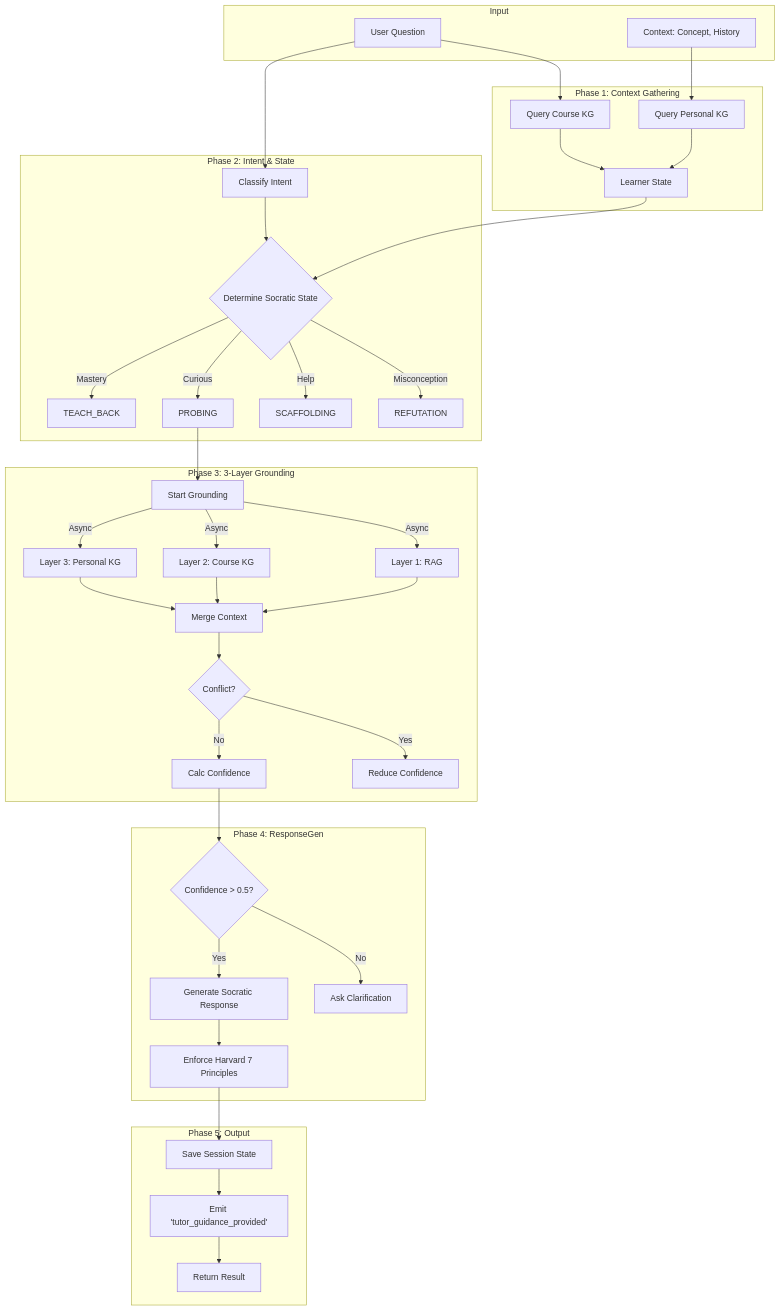
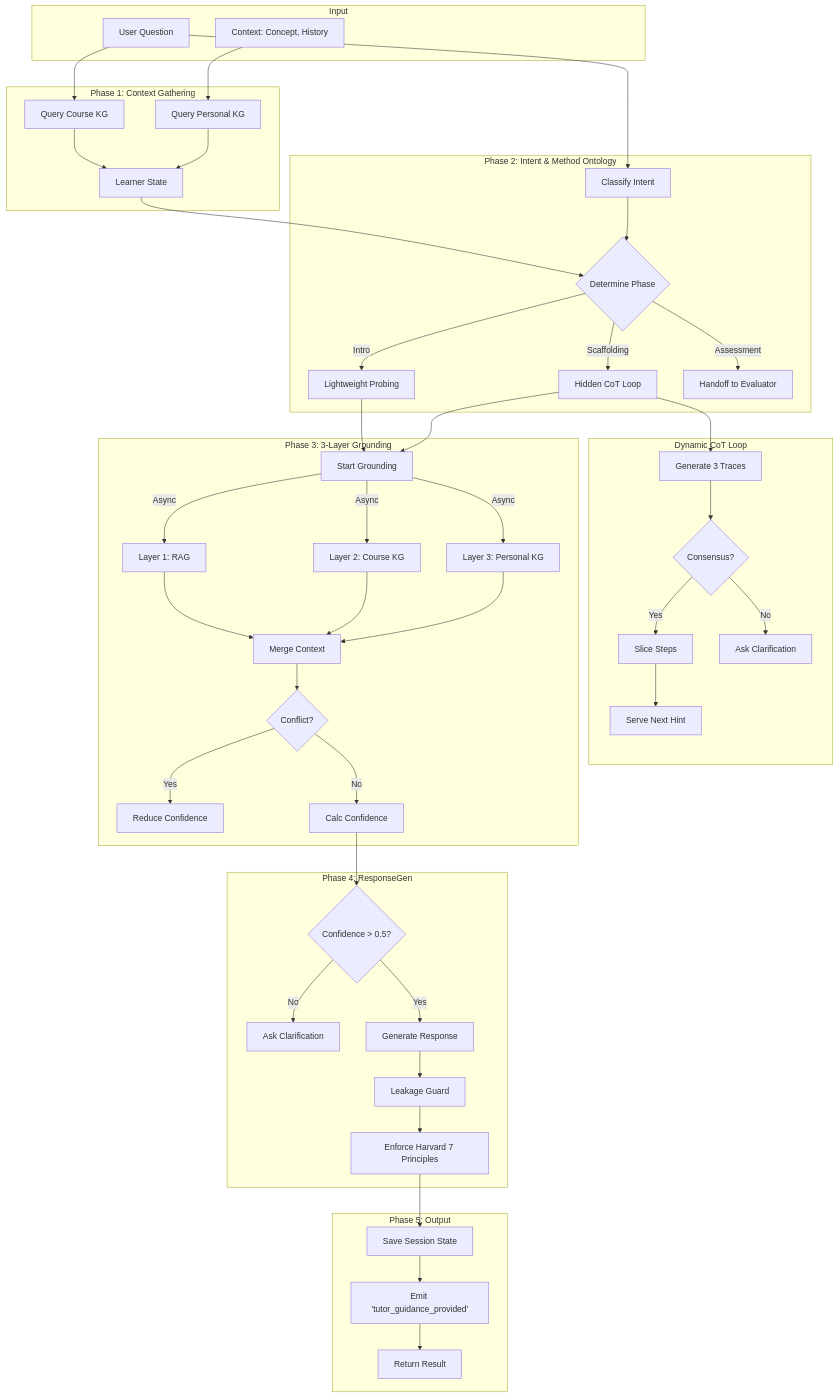
Before and after one commit to MinhAn15/Agentic-Personalized-LearningPath: the diagram in docs/AGENT_4_FLOW.md, drawn with Mermaid. The commit also changed other lines of this file and 18 other files, not shown here.

````diff
--- a/docs/AGENT_4_FLOW.md
+++ b/docs/AGENT_4_FLOW.md
@@ -7,52 +7,61 @@
 ```mermaid
 graph TD
     subgraph Input
         Q[User Question]
         CTX[Context: Concept, History]
     end
 
     subgraph Phase1_Context[Phase 1: Context Gathering]
         Q --> KG[Query Course KG]
         CTX --> PKG[Query Personal KG]
         KG --> STATE[Learner State]
         PKG --> STATE
     end
 
-    subgraph Phase2_Intent[Phase 2: Intent & State]
+    subgraph Phase2_Intent[Phase 2: Intent & Method Ontology]
         Q --> CLASSIFY[Classify Intent]
-        STATE --> NEXT_STATE{Determine Socratic State}
-        CLASSIFY --> NEXT_STATE
-        NEXT_STATE -->|Misconception| REFUTE[REFUTATION]
-        NEXT_STATE -->|Help| SCAFFOLD[SCAFFOLDING]
-        NEXT_STATE -->|Curious| PROBE[PROBING]
-        NEXT_STATE -->|Mastery| TEACH[TEACH_BACK]
+        STATE --> NEXT_PHASE{Determine Phase}
+        CLASSIFY --> NEXT_PHASE
+        NEXT_PHASE -->|Intro| PROBE[Lightweight Probing]
+        NEXT_PHASE -->|Scaffolding| COT_LOOP[Hidden CoT Loop]
+        NEXT_PHASE -->|Assessment| HANDOFF[Handoff to Evaluator]
+    end
+
+    subgraph Phase2a_CoT[Dynamic CoT Loop]
+        COT_LOOP --> GEN[Generate 3 Traces]
+        GEN --> CONSENSUS{Consensus?}
+        CONSENSUS -->|Yes| SLICE[Slice Steps]
+        CONSENSUS -->|No| FALLBACK[Ask Clarification]
+        SLICE --> SERVE[Serve Next Hint]
     end
 
     subgraph Phase3_Grounding[Phase 3: 3-Layer Grounding]
         PROBE --> G_START[Start Grounding]
+        COT_LOOP --> G_START
         G_START -->|Async| RAG[Layer 1: RAG]
         G_START -->|Async| C_KG[Layer 2: Course KG]
         G_START -->|Async| P_KG[Layer 3: Personal KG]
         
         RAG --> MERGE[Merge Context]
         C_KG --> MERGE
         P_KG --> MERGE
         
         MERGE --> CONFLICT{Conflict?}
         CONFLICT -->|Yes| PENALTY[Reduce Confidence]
         CONFLICT -->|No| CALC[Calc Confidence]
     end
 
     subgraph Phase4_Response[Phase 4: ResponseGen]
         CALC --> CHECK{Confidence > 0.5?}
-        CHECK -->|No| FALLBACK[Ask Clarification]
-        CHECK -->|Yes| LLM[Generate Socratic Response]
-        LLM --> HARVARD[Enforce Harvard 7 Principles]
+        CHECK -->|No| FALLBACK_GEN[Ask Clarification]
+        CHECK -->|Yes| LLM[Generate Response]
+        LLM --> GUARD[Leakage Guard]
+        GUARD --> HARVARD[Enforce Harvard 7 Principles]
     end
 
     subgraph Phase5_Output[Phase 5: Output]
         HARVARD --> SAVE[Save Session State]
         SAVE --> EVENT[Emit 'tutor_guidance_provided']
         EVENT --> JSON[Return Result]
     end
 ```
````
